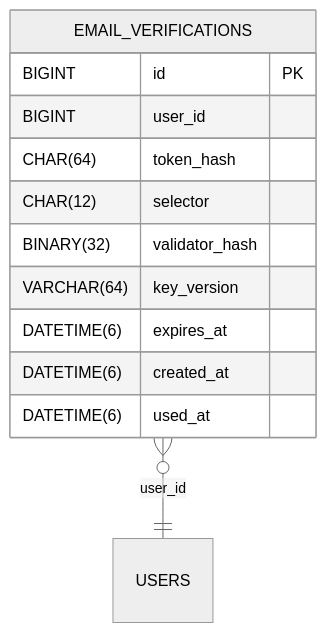
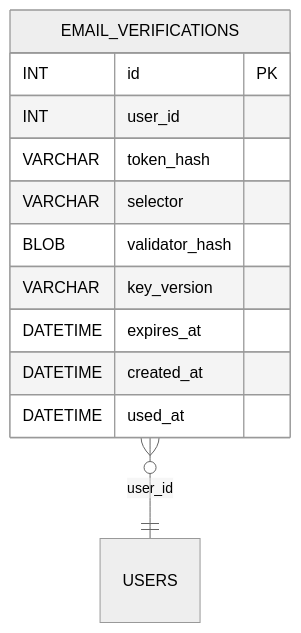
Before and after one commit to blackcatdatabase/table-email-verifications: the diagram in README.md, drawn with Mermaid (neutral theme). The commit also changed other lines of this file, not shown here.

Commit message:
chore(schema): add/update generated schema + README (umbrella sync)

````diff
--- a/README.md
+++ b/README.md
@@ -53,15 +53,15 @@
 ```mermaid
 erDiagram
   EMAIL_VERIFICATIONS {
-    BIGINT id PK
-    BIGINT user_id
-    CHAR(64) token_hash
-    CHAR(12) selector
-    BINARY(32) validator_hash
-    VARCHAR(64) key_version
-    DATETIME(6) expires_at
-    DATETIME(6) created_at
-    DATETIME(6) used_at
+    INT id PK
+    INT user_id
+    VARCHAR token_hash
+    VARCHAR selector
+    BLOB validator_hash
+    VARCHAR key_version
+    DATETIME expires_at
+    DATETIME created_at
+    DATETIME used_at
   }
   EMAIL_VERIFICATIONS }o--|| USERS : "user_id"
 ```
````
